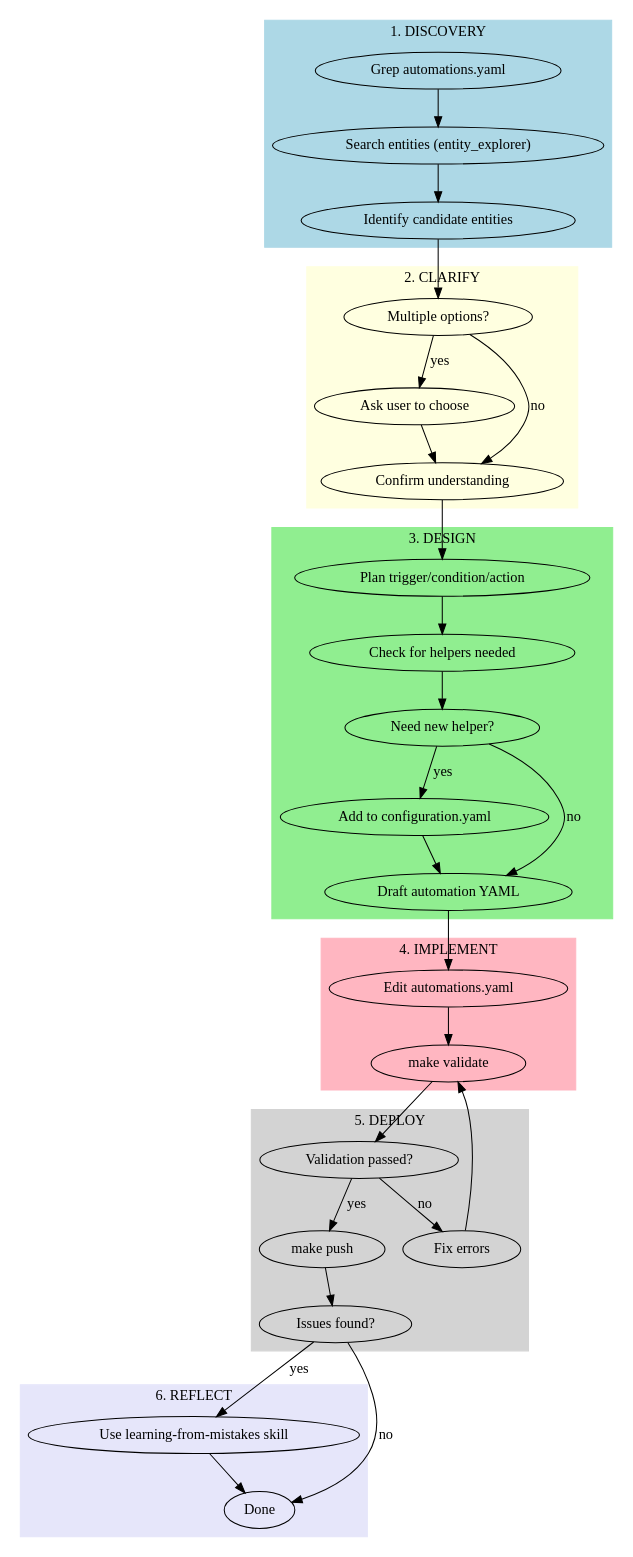
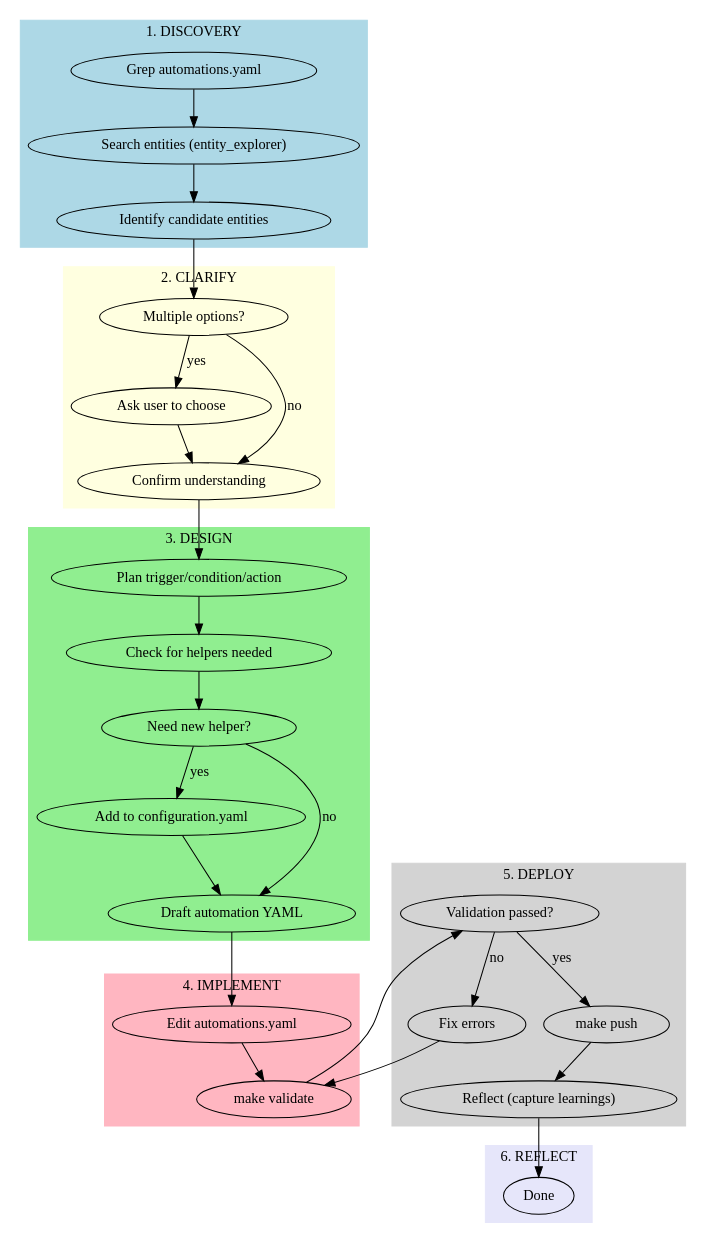
The diagram in .claude-code/plugins/home-assistant/skills/home-assistant-automation/SKILL.md (stephenwong/ai-homeassistant), drawn with Graphviz before and after one commit. The commit also changed other lines of this file and 4 other files, not shown here.

First line of the commit message:
Rename learning-from-mistakes skill to reflect and slim down skills

````diff
--- a/.claude-code/plugins/home-assistant/skills/home-assistant-automation/SKILL.md
+++ b/.claude-code/plugins/home-assistant/skills/home-assistant-automation/SKILL.md
@@ -36,63 +36,61 @@
 ```dot
 digraph automation_flow {
     rankdir=TB;
 
     subgraph cluster_discovery {
         label="1. DISCOVERY";
         style=filled;
         color=lightblue;
         "Grep automations.yaml" -> "Search entities (entity_explorer)";
         "Search entities (entity_explorer)" -> "Identify candidate entities";
     }
 
     subgraph cluster_clarify {
         label="2. CLARIFY";
         style=filled;
         color=lightyellow;
         "Identify candidate entities" -> "Multiple options?";
         "Multiple options?" -> "Ask user to choose" [label="yes"];
         "Multiple options?" -> "Confirm understanding" [label="no"];
         "Ask user to choose" -> "Confirm understanding";
     }
 
     subgraph cluster_design {
         label="3. DESIGN";
         style=filled;
         color=lightgreen;
         "Confirm understanding" -> "Plan trigger/condition/action";
         "Plan trigger/condition/action" -> "Check for helpers needed";
         "Check for helpers needed" -> "Need new helper?" [shape=diamond];
         "Need new helper?" -> "Add to configuration.yaml" [label="yes"];
         "Need new helper?" -> "Draft automation YAML" [label="no"];
         "Add to configuration.yaml" -> "Draft automation YAML";
     }
 
     subgraph cluster_implement {
         label="4. IMPLEMENT";
         style=filled;
         color=lightpink;
         "Draft automation YAML" -> "Edit automations.yaml";
         "Edit automations.yaml" -> "make validate";
     }
 
     subgraph cluster_deploy {
         label="5. DEPLOY";
         style=filled;
         color=lightgray;
         "make validate" -> "Validation passed?";
         "Validation passed?" -> "make push" [label="yes"];
         "Validation passed?" -> "Fix errors" [label="no"];
         "Fix errors" -> "make validate";
-        "make push" -> "Issues found?";
+        "make push" -> "Reflect (capture learnings)";
     }
 
     subgraph cluster_reflect {
         label="6. REFLECT";
         style=filled;
         color=lavender;
-        "Issues found?" -> "Use learning-from-mistakes skill" [label="yes"];
-        "Issues found?" -> "Done" [label="no"];
-        "Use learning-from-mistakes skill" -> "Done";
+        "Reflect (capture learnings)" -> "Done";
     }
 }
 ```
````
